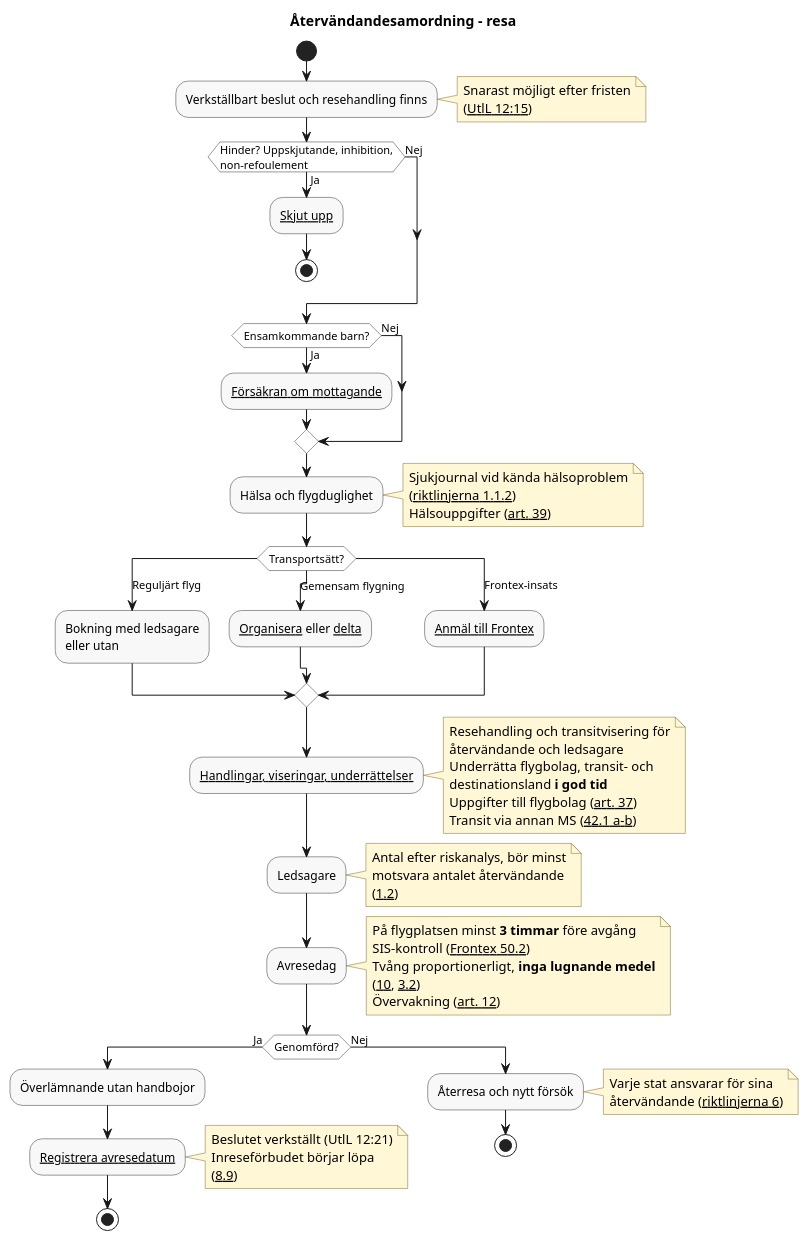
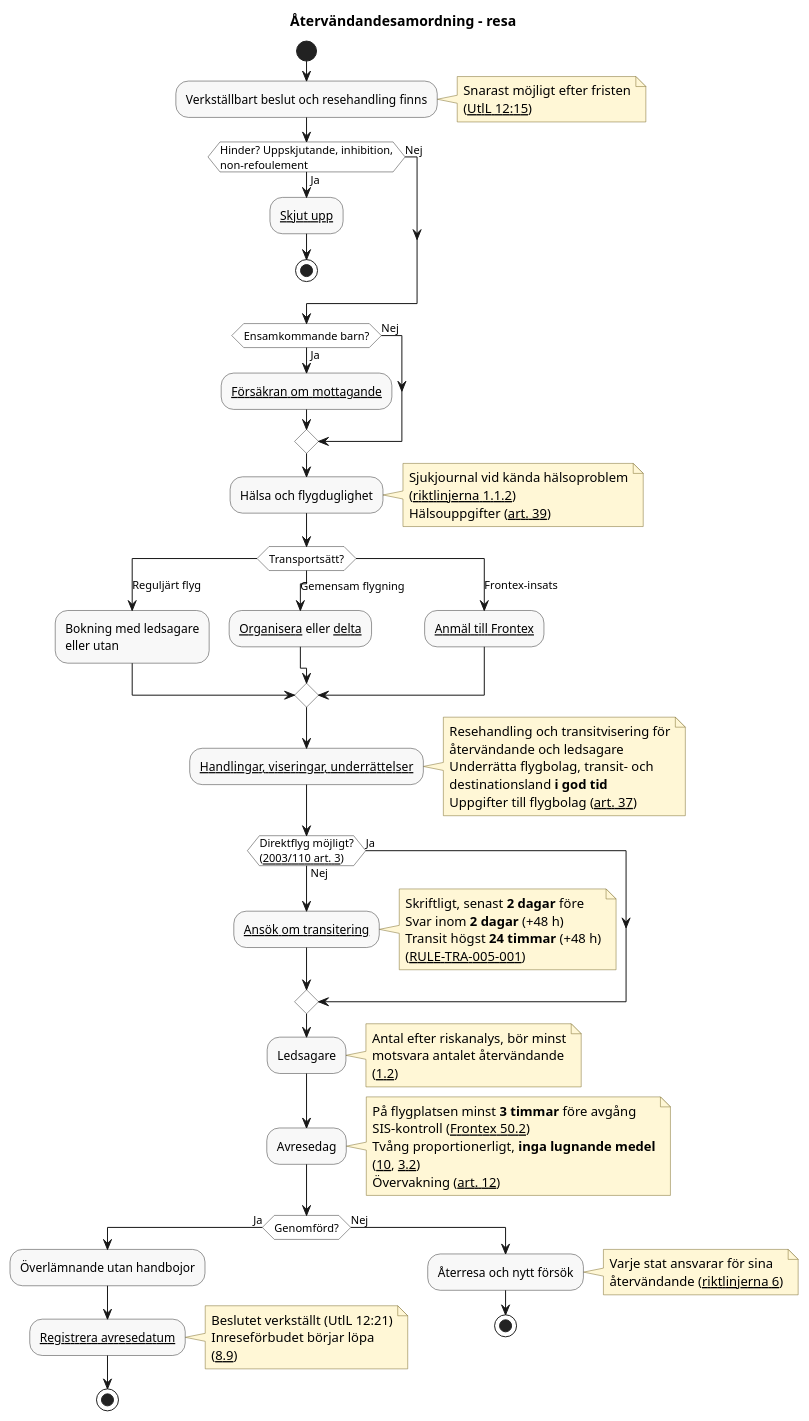
One commit to chrhe894/migration_pact changed the diagram in docs/domains/return/diagrams/return-coordination-travel.pu. Above: the diagram before and after it, drawn with PlantUML. The commit also changed 51 other files, not shown here.

```diff
--- a/docs/domains/return/diagrams/return-coordination-travel.pu
+++ b/docs/domains/return/diagrams/return-coordination-travel.pu
@@ -13,99 +13,109 @@
 @startuml return-coordination-travel
 
 title Återvändandesamordning – resa
 
 skinparam shadowing false
 skinparam HyperlinkColor Black
 skinparam HyperlinkUnderline true
 skinparam defaultFontName Arial
 skinparam activity {
   BackgroundColor #F8F8F8
   BorderColor #333333
   DiamondBackgroundColor #FFFFFF
   DiamondBorderColor #333333
 }
 skinparam note {
   BackgroundColor #FFF7D6
   BorderColor #7A6A2A
 }
 
 start
 
 :Verkställbart beslut och resehandling finns;
 note right
   Snarast möjligt efter fristen
   ([[../rules/rule-utl-12-015-001.md UtlL 12:15]])
 end note
 
 if (Hinder? Uppskjutande, inhibition,\nnon-refoulement) then (Ja)
   :[[../rules/rule-rr-011-001.md Skjut upp]];
   stop
 else (Nej)
 endif
 
 if (Ensamkommande barn?) then (Ja)
   :[[../rules/rule-rr-017-002.md Försäkran om mottagande]];
 else (Nej)
 endif
 
 :Hälsa och flygduglighet;
 note right
   Sjukjournal vid kända hälsoproblem
   ([[../rules/rule-jrf-007-001.md riktlinjerna 1.1.2]])
   Hälsouppgifter ([[../rules/rule-rr-039-001.md art. 39]])
 end note
 
 switch (Transportsätt?)
 case (Reguljärt flyg)
   :Bokning med ledsagare\neller utan;
 case (Gemensam flygning)
   :[[../rules/rule-jrf-004-001.md Organisera]] eller [[../rules/rule-jrf-005-001.md delta]];
 case (Frontex-insats)
   :[[../rules/rule-frx-050-001.md Anmäl till Frontex]];
 endswitch
 
 :[[../rules/rule-jrf-006-001.md Handlingar, viseringar, underrättelser]];
 note right
   Resehandling och transitvisering för
   återvändande och ledsagare
   Underrätta flygbolag, transit- och
   destinationsland **i god tid**
   Uppgifter till flygbolag ([[../rules/rule-rr-037-001.md art. 37]])
-  Transit via annan MS ([[../rules/rule-rr-042-001.md 42.1 a–b]])
 end note
+
+if (Direktflyg möjligt?\n([[../rules/rule-tra-003-001.md 2003/110 art. 3]])) then (Nej)
+  :[[../rules/rule-tra-004-001.md Ansök om transitering]];
+  note right
+    Skriftligt, senast **2 dagar** före
+    Svar inom **2 dagar** (+48 h)
+    Transit högst **24 timmar** (+48 h)
+    ([[../rules/rule-tra-005-001.md RULE-TRA-005-001]])
+  end note
+else (Ja)
+endif
 
 :Ledsagare;
 note right
   Antal efter riskanalys, bör minst
   motsvara antalet återvändande
   ([[../rules/rule-jrf-007-001.md 1.2]])
 end note
 
 :Avresedag;
 note right
   På flygplatsen minst **3 timmar** före avgång
   SIS-kontroll ([[../rules/rule-frx-050-001.md Frontex 50.2]])
   Tvång proportionerligt, **inga lugnande medel**
   ([[../rules/rule-rr-010-004.md 10]], [[../rules/rule-jrf-007-001.md 3.2]])
   Övervakning ([[../rules/rule-rr-012-001.md art. 12]])
 end note
 
 if (Genomförd?) then (Ja)
   :Överlämnande utan handbojor;
   :[[../rules/rule-utl-12-021-001.md Registrera avresedatum]];
   note right
     Beslutet verkställt (UtlL 12:21)
     Inreseförbudet börjar löpa
     ([[../rules/rule-rr-008-007.md 8.9]])
   end note
   stop
 else (Nej)
   :Återresa och nytt försök;
   note right
     Varje stat ansvarar för sina
     återvändande ([[../rules/rule-jrf-007-001.md riktlinjerna 6]])
   end note
   stop
 endif
 
 @enduml
```
